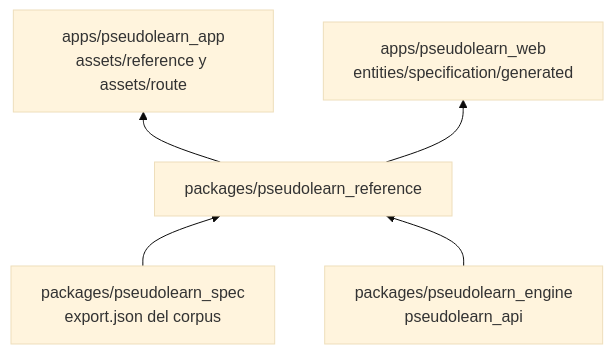
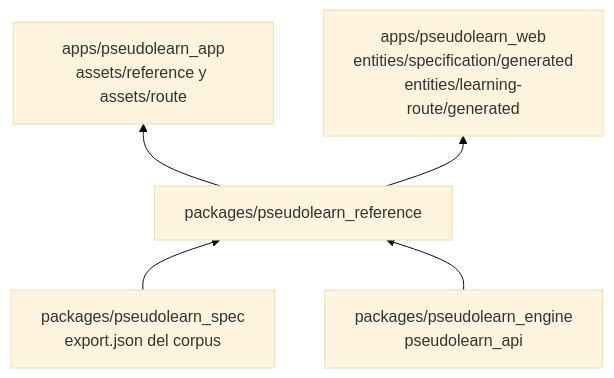
Before and after one commit to cgutieco/pseudolearn: the first of 3 diagrams in packages/pseudolearn_reference/README.md, drawn with Mermaid (base theme). The commit also changed other lines of this file and 734 other files, not shown here.

````diff
--- a/packages/pseudolearn_reference/README.md
+++ b/packages/pseudolearn_reference/README.md
@@ -12,7 +12,7 @@
 ```mermaid
 flowchart BT
     spec["packages/pseudolearn_spec<br/>export.json del corpus"] --> ref["packages/pseudolearn_reference"]
     engine["packages/pseudolearn_engine<br/>pseudolearn_api"] --> ref
     ref --> app["apps/pseudolearn_app<br/>assets/reference y assets/route"]
-    ref --> web["apps/pseudolearn_web<br/>entities/specification/generated"]
+    ref --> web["apps/pseudolearn_web<br/>entities/specification/generated<br/>entities/learning-route/generated"]
 ```
````
